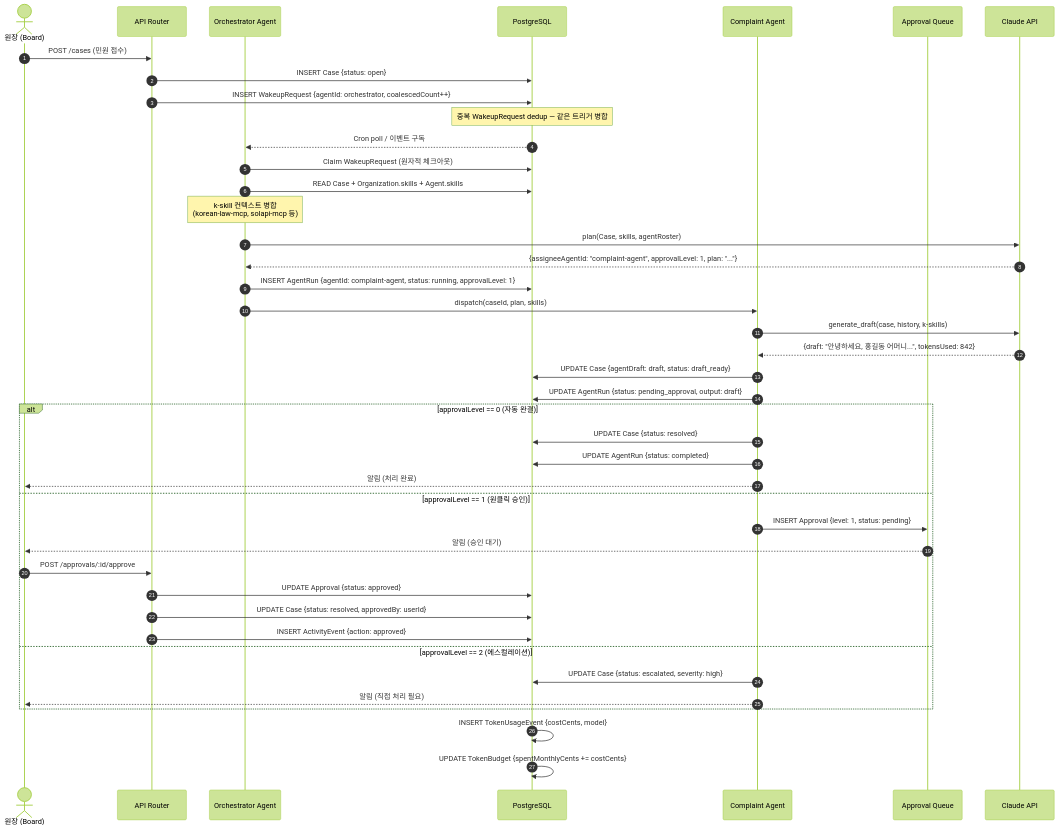
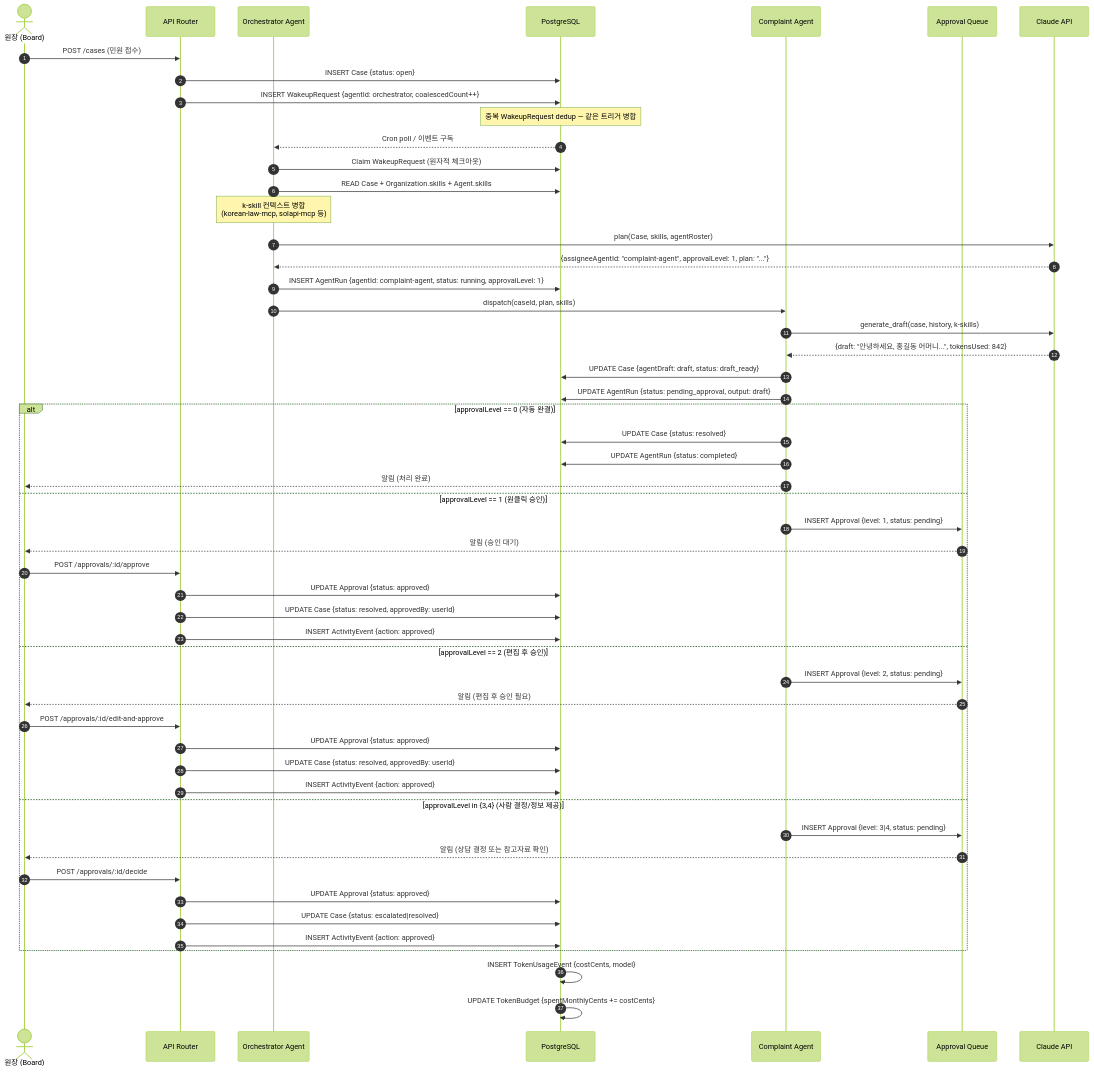
One commit to River-181/KEG-Mangsanggwedo changed the diagram in 03_제품/hagent-os/diagrams/02_orchestrator-sequence.md. Above: the diagram before and after it, drawn with Mermaid (forest theme). The commit also changed other lines of this file and 82 other files, not shown here.

````diff
--- a/03_제품/hagent-os/diagrams/02_orchestrator-sequence.md
+++ b/03_제품/hagent-os/diagrams/02_orchestrator-sequence.md
@@ -12,52 +12,63 @@
 ```mermaid
 sequenceDiagram
     autonumber
     actor 원장 as 원장 (Board)
     participant API as API Router
     participant ORC as Orchestrator Agent
     participant DB as PostgreSQL
     participant CA as Complaint Agent
     participant AQ as Approval Queue
     participant Claude as Claude API
 
     원장->>API: POST /cases (민원 접수)
     API->>DB: INSERT Case {status: open}
     API->>DB: INSERT WakeupRequest {agentId: orchestrator, coalescedCount++}
     Note over DB: 중복 WakeupRequest dedup — 같은 트리거 병합
 
     DB-->>ORC: Cron poll / 이벤트 구독
     ORC->>DB: Claim WakeupRequest (원자적 체크아웃)
     ORC->>DB: READ Case + Organization.skills + Agent.skills
     Note over ORC: k-skill 컨텍스트 병합<br/>(korean-law-mcp, solapi-mcp 등)
 
     ORC->>Claude: plan(Case, skills, agentRoster)
     Claude-->>ORC: {assigneeAgentId: "complaint-agent", approvalLevel: 1, plan: "..."}
 
     ORC->>DB: INSERT AgentRun {agentId: complaint-agent, status: running, approvalLevel: 1}
     ORC->>CA: dispatch(caseId, plan, skills)
 
     CA->>Claude: generate_draft(case, history, k-skills)
     Claude-->>CA: {draft: "안녕하세요, 홍길동 어머니...", tokensUsed: 842}
 
     CA->>DB: UPDATE Case {agentDraft: draft, status: draft_ready}
     CA->>DB: UPDATE AgentRun {status: pending_approval, output: draft}
 
     alt approvalLevel == 0 (자동 완결)
         CA->>DB: UPDATE Case {status: resolved}
         CA->>DB: UPDATE AgentRun {status: completed}
         CA-->>원장: 알림 (처리 완료)
     else approvalLevel == 1 (원클릭 승인)
         CA->>AQ: INSERT Approval {level: 1, status: pending}
         AQ-->>원장: 알림 (승인 대기)
         원장->>API: POST /approvals/:id/approve
         API->>DB: UPDATE Approval {status: approved}
         API->>DB: UPDATE Case {status: resolved, approvedBy: userId}
         API->>DB: INSERT ActivityEvent {action: approved}
-    else approvalLevel == 2 (에스컬레이션)
-        CA->>DB: UPDATE Case {status: escalated, severity: high}
-        CA-->>원장: 알림 (직접 처리 필요)
+    else approvalLevel == 2 (편집 후 승인)
+        CA->>AQ: INSERT Approval {level: 2, status: pending}
+        AQ-->>원장: 알림 (편집 후 승인 필요)
+        원장->>API: POST /approvals/:id/edit-and-approve
+        API->>DB: UPDATE Approval {status: approved}
+        API->>DB: UPDATE Case {status: resolved, approvedBy: userId}
+        API->>DB: INSERT ActivityEvent {action: approved}
+    else approvalLevel in {3,4} (사람 결정/정보 제공)
+        CA->>AQ: INSERT Approval {level: 3|4, status: pending}
+        AQ-->>원장: 알림 (상담 결정 또는 참고자료 확인)
+        원장->>API: POST /approvals/:id/decide
+        API->>DB: UPDATE Approval {status: approved}
+        API->>DB: UPDATE Case {status: escalated|resolved}
+        API->>DB: INSERT ActivityEvent {action: approved}
     end
 
     DB->>DB: INSERT TokenUsageEvent {costCents, model}
     DB->>DB: UPDATE TokenBudget {spentMonthlyCents += costCents}
 ```
````
